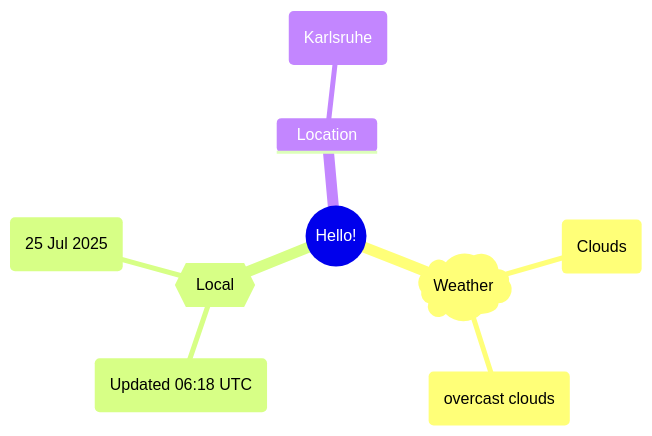
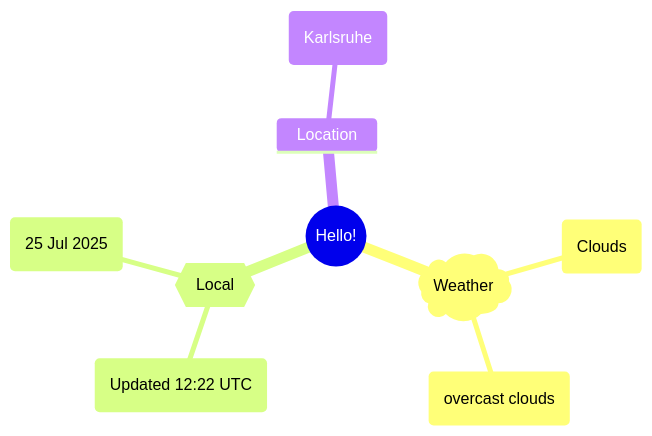
Before and after one commit to Xosrov/Xosrov: the first of 2 diagrams in README.md, drawn with Mermaid.

Commit message:
[bot] updated images

````diff
--- a/README.md
+++ b/README.md
@@ -3,12 +3,12 @@
 ```mermaid
 mindmap
   root((Hello!))
     )Weather(
         (Clouds)
         (overcast clouds)
     {{Local}}
-        (Updated 06:18 UTC)
+        (Updated 12:22 UTC)
         (25 Jul 2025)
     Location
         (Karlsruhe)
 ```
````
